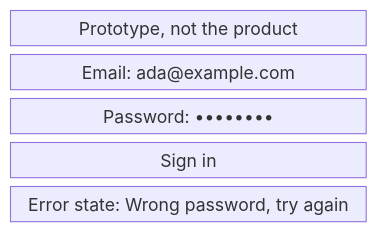
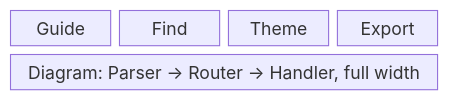
One commit to nepal-dev-com/docs.nepal-dev.com changed the third of 4 diagrams in content/docs/maintain/app-flow/html-embeds.mdx. Above: the diagram before and after it, drawn with Mermaid. The commit also changed other lines of this file and 35 other files, not shown here.

````diff
--- a/content/docs/maintain/app-flow/html-embeds.mdx
+++ b/content/docs/maintain/app-flow/html-embeds.mdx
@@ -121,9 +92,6 @@
 ```mermaid
 block-beta
   columns 4
-  label["Prototype, not the product"]:4
-  email["Email: ada@example.com"]:4
-  pass["Password: ••••••••"]:4
-  btn["Sign in"]:4
-  err["Error state: Wrong password, try again"]:4
+  c1["Guide"] c2["Find"] c3["Theme"] c4["Export"]
+  canvas["Diagram: Parser → Router → Handler, full width"]:4
 ```
````
